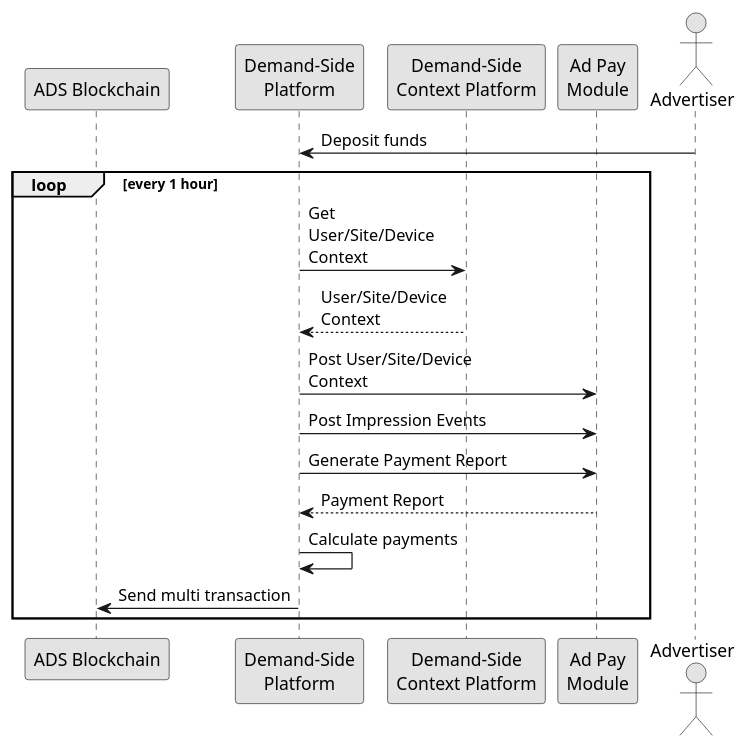
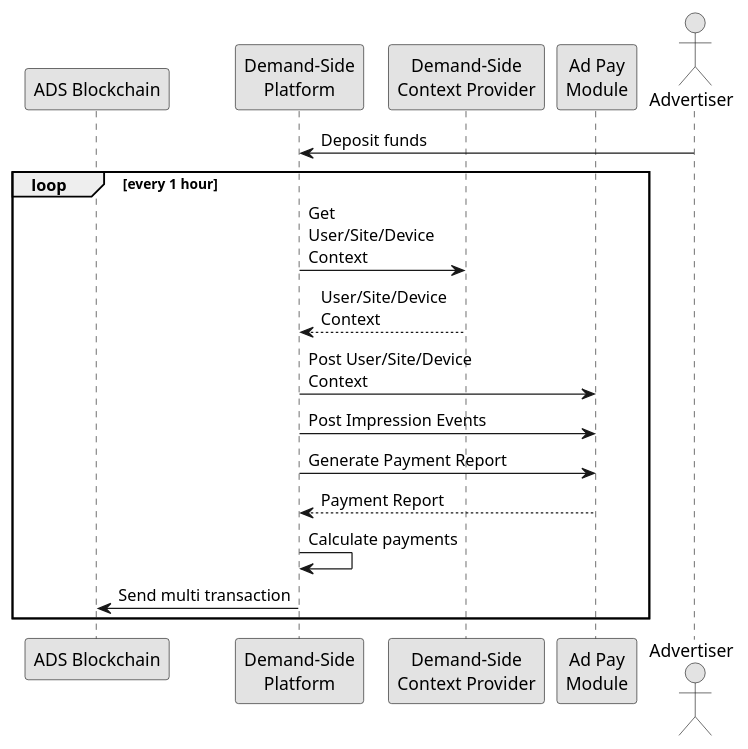
Before and after one commit to adshares/adshares-docs: the diagram in protocol/payments/payments_sending.rst, drawn with PlantUML. The commit also changed other lines of this file and 25 other files, not shown here.

```diff
--- a/protocol/payments/payments_sending.rst
+++ b/protocol/payments/payments_sending.rst
@@ -6,22 +6,22 @@
 .. uml::
     :align: center
 
     skinparam monochrome true
 
     participant "ADS Blockchain"                    as blockchain
     participant "Demand-Side\nPlatform"             as DSP
-    participant "Demand-Side\nContext Platform"     as DSCP
+    participant "Demand-Side\nContext Provider"     as DSCP
     participant "Ad Pay\nModule"                    as APM
     actor       "Advertiser"                        as advertiser
 
     advertiser -> DSP: Deposit funds
     loop every 1 hour
         DSP -> DSCP: Get\nUser/Site/Device\nContext
         DSCP --> DSP: User/Site/Device\nContext
         DSP -> APM: Post User/Site/Device\nContext
         DSP -> APM: Post Impression Events
         DSP -> APM: Generate Payment Report
         APM --> DSP: Payment Report
         DSP -> DSP: Calculate payments
         DSP -> blockchain: Send multi transaction
     end
```
